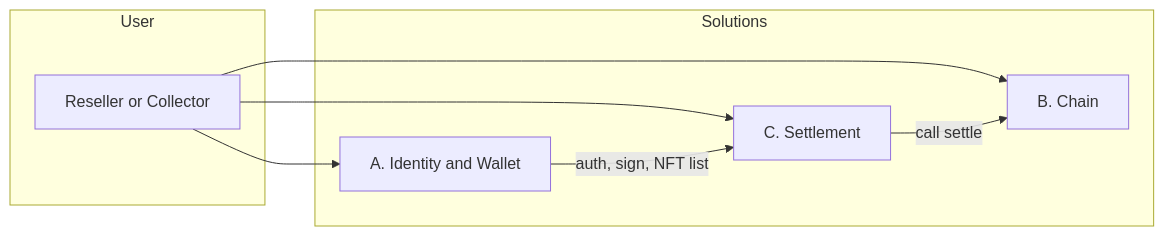
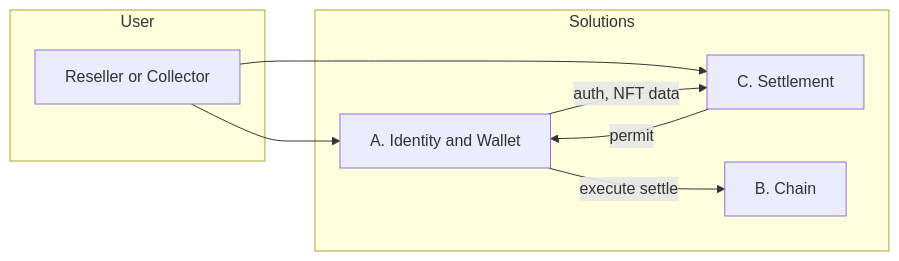
The diagram in docs/vantage-solutions-overview.md (ChangoBuitrago/vantage), drawn with Mermaid before and after one commit. The commit also changed other lines of this file and 2 other files, not shown here.

First line of the commit message:
Update docs to reflect Permit Vending Machine model.

````diff
--- a/docs/vantage-solutions-overview.md
+++ b/docs/vantage-solutions-overview.md
@@ -55,18 +55,18 @@
 ```mermaid
 graph LR
     subgraph User_Layer [User]
         U[Reseller or Collector]
     end
 
     subgraph Solutions [Solutions]
         A[A. Identity and Wallet]
         C[C. Settlement]
         B[B. Chain]
     end
 
     U --> A
     U --> C
-    U --> B
-    A -->|auth, sign, NFT list| C
-    C -->|call settle| B
+    A -->|auth, NFT data| C
+    C -->|permit| A
+    A -->|execute settle| B
 ```
````
